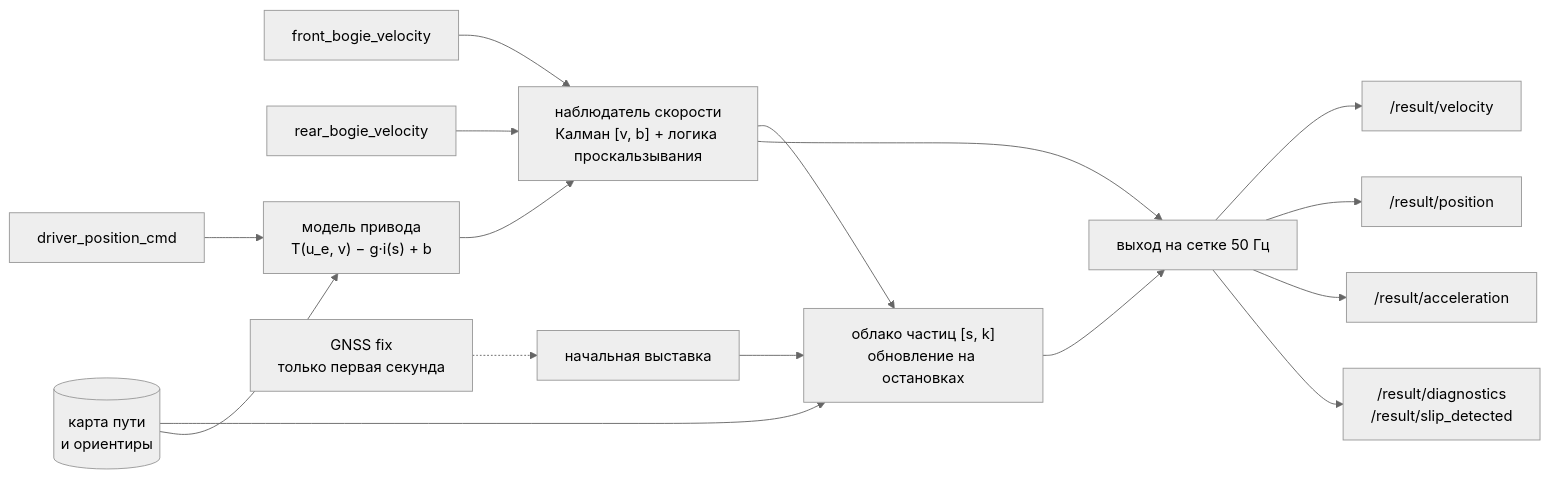
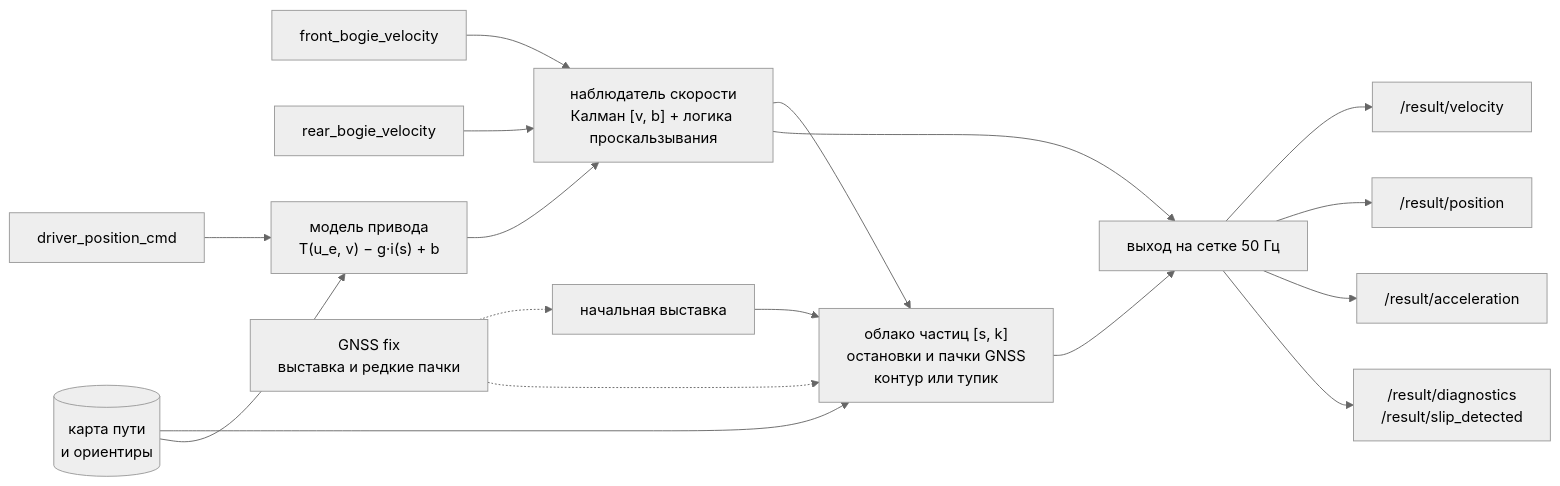
Before and after one commit to temurysega/odometria: the diagram in README.md, drawn with Mermaid (neutral theme). The commit also changed other lines of this file and 19 other files, not shown here.

````diff
--- a/README.md
+++ b/README.md
@@ -148,18 +185,19 @@
 ```mermaid
 flowchart LR
     F["front_bogie_velocity"] --> OBS
     R["rear_bogie_velocity"] --> OBS
     C["driver_position_cmd"] --> MOD
     MOD["модель привода<br/>T(u_e, v) − g·i(s) + b"] --> OBS
     OBS["наблюдатель скорости<br/>Калман [v, b] + логика проскальзывания"] --> PF
     MAP[("карта пути<br/>и ориентиры")] --> PF
     MAP --> MOD
-    G["GNSS fix<br/>только первая секунда"] -.-> INIT["начальная выставка"]
+    G["GNSS fix<br/>выставка и редкие пачки"] -.-> INIT["начальная выставка"]
     INIT --> PF
-    PF["облако частиц [s, k]<br/>обновление на остановках"] --> OUT
+    G -.-> PF
+    PF["облако частиц [s, k]<br/>остановки и пачки GNSS<br/>контур или тупик"] --> OUT
     OBS --> OUT
     OUT["выход на сетке 50 Гц"] --> V["/result/velocity"]
     OUT --> P["/result/position"]
     OUT --> A["/result/acceleration"]
     OUT --> D["/result/diagnostics<br/>/result/slip_detected"]
 ```
````
